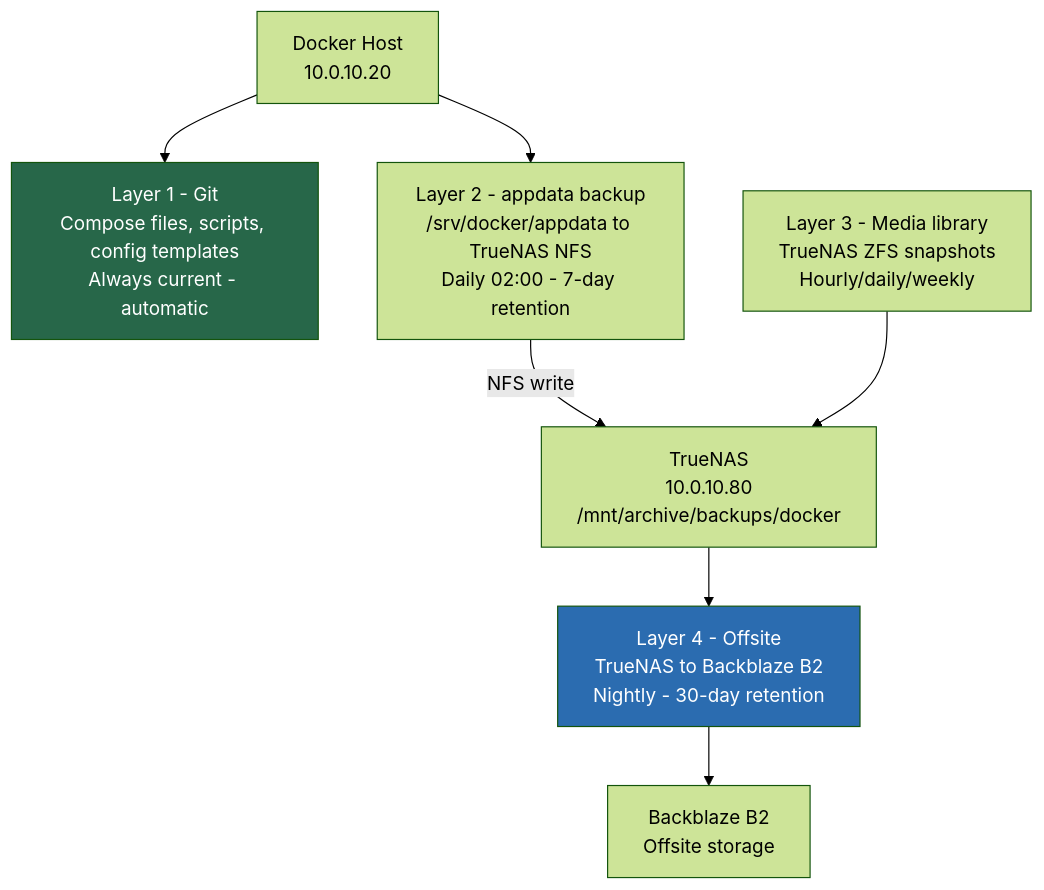
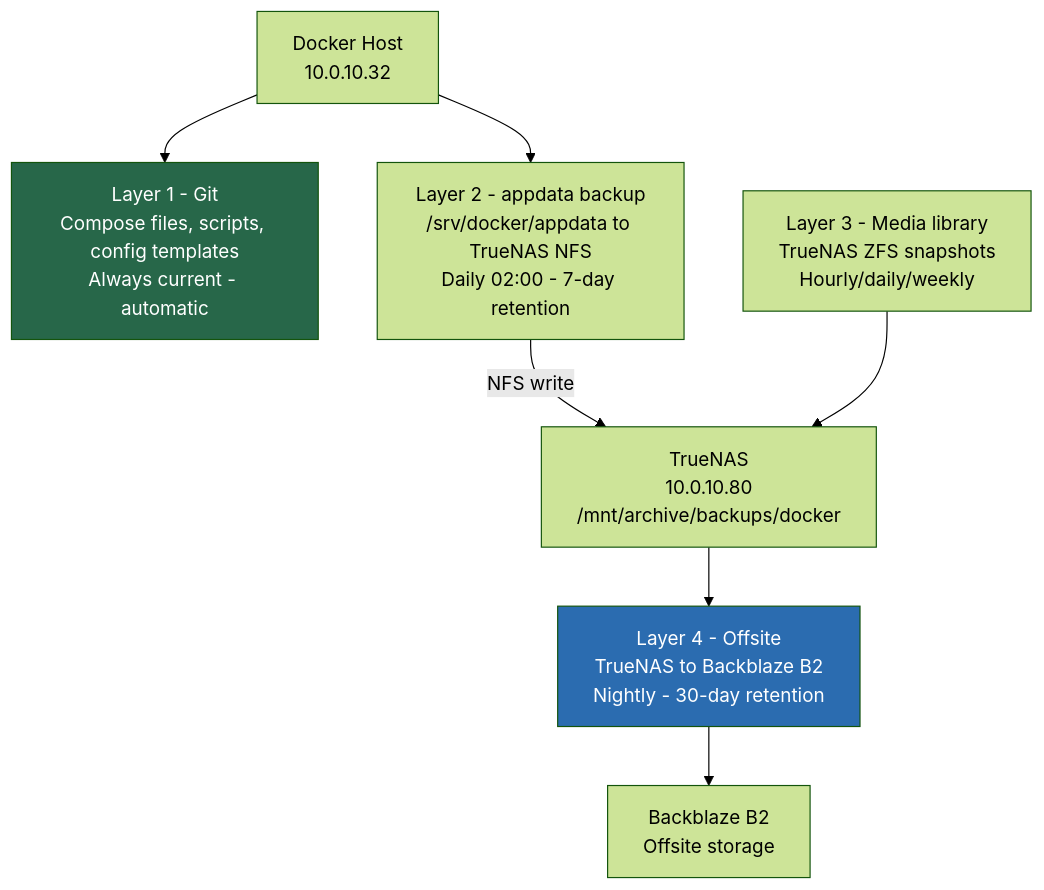
One commit to Kagiso-me/homelab-infrastructure changed the first of 2 diagrams in docker/docs/05_backups_and_disaster_recovery.md. Above: the diagram before and after it, drawn with Mermaid (forest theme). The commit also changed other lines of this file and 45 other files, not shown here.

First line of the commit message:
Add ADR-005 for self-hosted GitHub Actions runners and create roadmap HTML

````diff
--- a/docker/docs/05_backups_and_disaster_recovery.md
+++ b/docker/docs/05_backups_and_disaster_recovery.md
@@ -19,17 +19,17 @@
 ```mermaid
 graph TD
     L1["Layer 1 - Git\nCompose files, scripts, config templates\nAlways current - automatic"]
     L2["Layer 2 - appdata backup\n/srv/docker/appdata to TrueNAS NFS\nDaily 02:00 - 7-day retention"]
     L3["Layer 3 - Media library\nTrueNAS ZFS snapshots\nHourly/daily/weekly"]
     L4["Layer 4 - Offsite\nTrueNAS to Backblaze B2\nNightly - 30-day retention"]
 
-    DockerHost["Docker Host\n10.0.10.20"] --> L1
+    DockerHost["Docker Host\n10.0.10.32"] --> L1
     DockerHost --> L2
     L2 -->|"NFS write"| TrueNAS["TrueNAS\n10.0.10.80\n/mnt/archive/backups/docker"]
     L3 --> TrueNAS
     TrueNAS --> L4
     L4 --> B2["Backblaze B2\nOffsite storage"]
 
     style L1 fill:#276749,color:#fff
     style L4 fill:#2b6cb0,color:#fff
 ```
````
